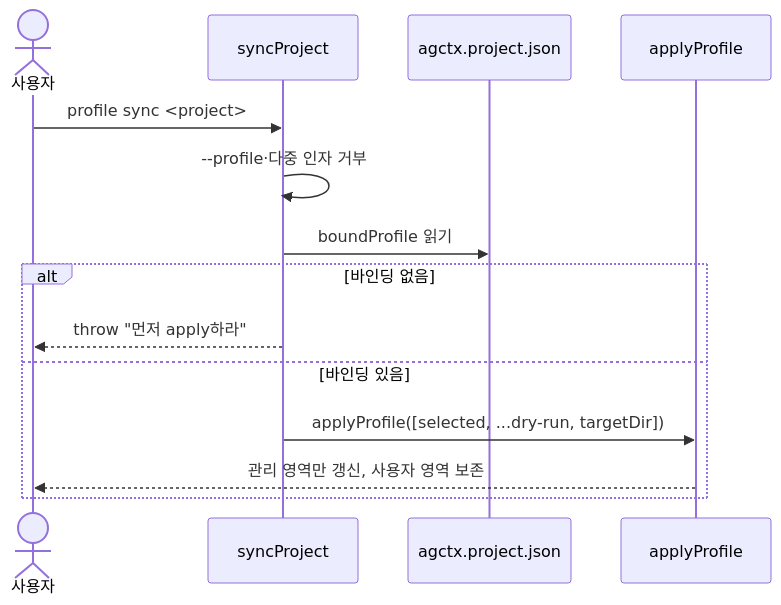
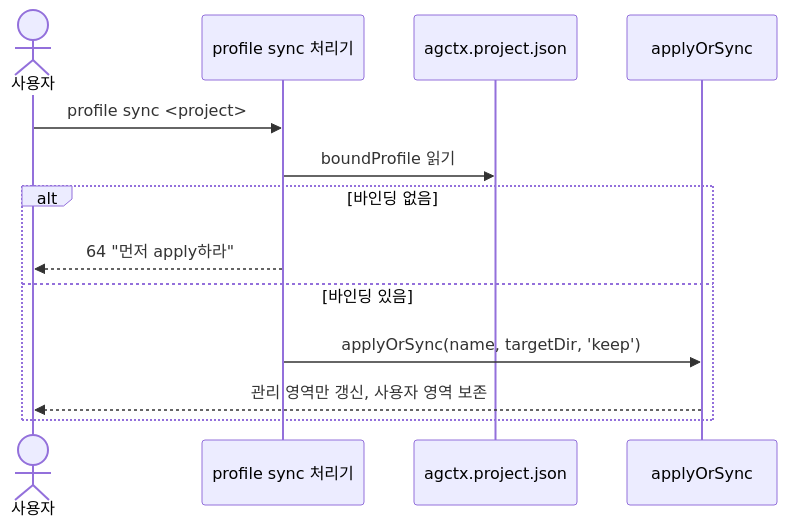
One commit to IsthisLee/agent-context-manager changed the sixth of 11 diagrams in docs/architecture/implementation-mechanics.md. Above: the diagram before and after it, drawn with Mermaid. The commit also changed other lines of this file and 60 other files, not shown here.

````diff
--- a/docs/architecture/implementation-mechanics.md
+++ b/docs/architecture/implementation-mechanics.md
@@ -289,16 +321,15 @@
 ```mermaid
 sequenceDiagram
   actor U as 사용자
-  participant S as syncProject
+  participant S as profile sync 처리기
   participant J as agctx.project.json
-  participant A as applyProfile
+  participant A as applyOrSync
   U->>S: profile sync <project>
-  S->>S: --profile·다중 인자 거부
   S->>J: boundProfile 읽기
   alt 바인딩 없음
-    S-->>U: throw "먼저 apply하라"
+    S-->>U: 64 "먼저 apply하라"
   else 바인딩 있음
-    S->>A: applyProfile([selected, ...dry-run, targetDir])
+    S->>A: applyOrSync(name, targetDir, 'keep')
     A-->>U: 관리 영역만 갱신, 사용자 영역 보존
   end
 ```
````
